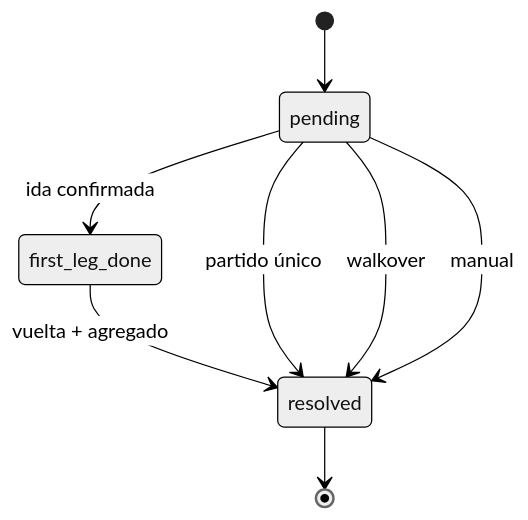
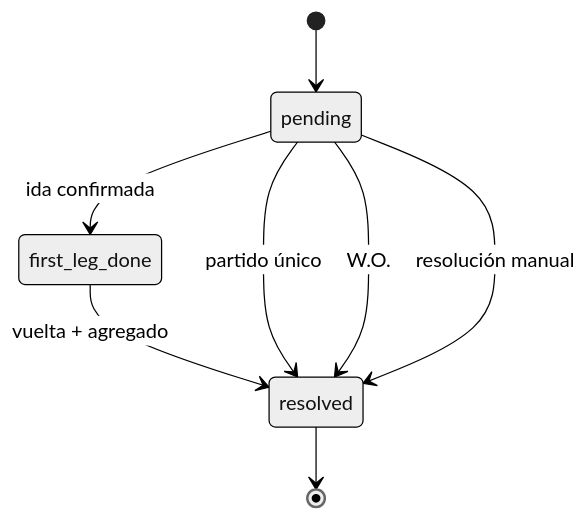
Before and after one commit to Kevris/AGON: the second of 2 diagrams in README.md, drawn with Mermaid (neutral theme). The commit also changed other lines of this file and 10 other files, not shown here.

````diff
--- a/README.md
+++ b/README.md
@@ -212,13 +150,10 @@
 ```mermaid
 stateDiagram-v2
     [*] --> pending
-
     pending --> first_leg_done: ida confirmada
     first_leg_done --> resolved: vuelta + agregado
-
     pending --> resolved: partido único
-    pending --> resolved: walkover
-    pending --> resolved: manual
-
+    pending --> resolved: W.O.
+    pending --> resolved: resolución manual
     resolved --> [*]
 ```
````
